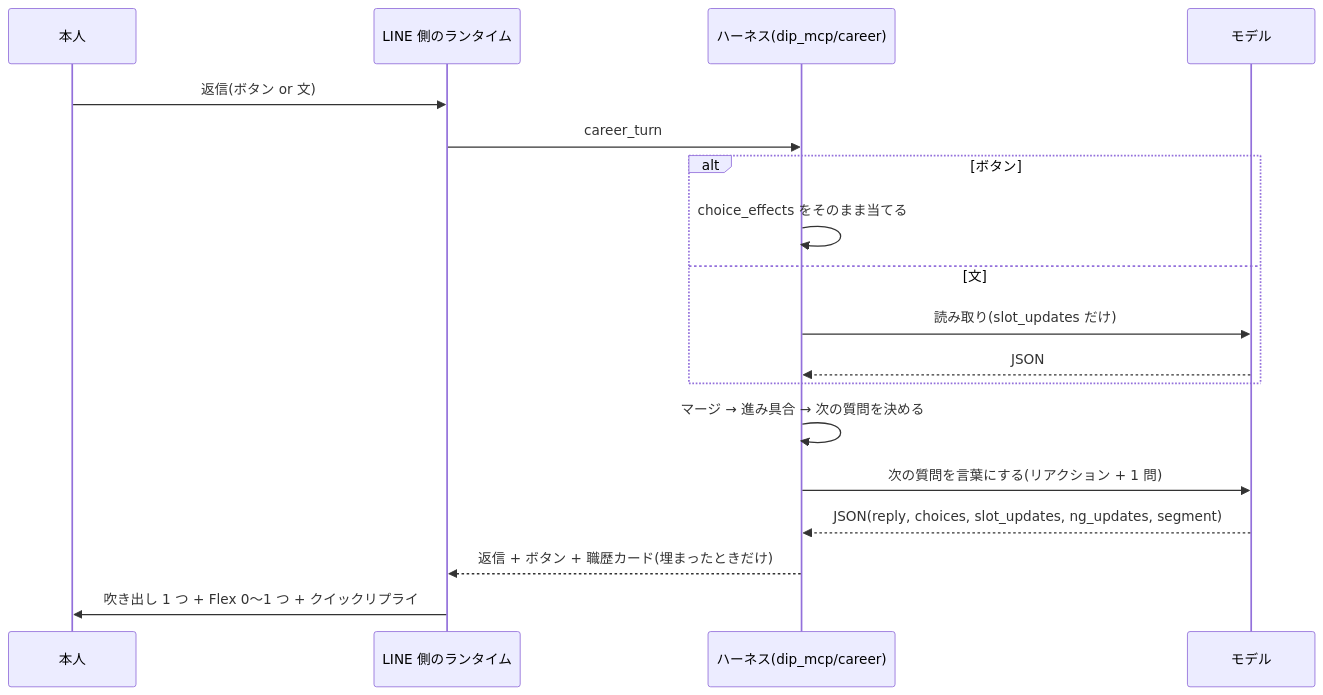
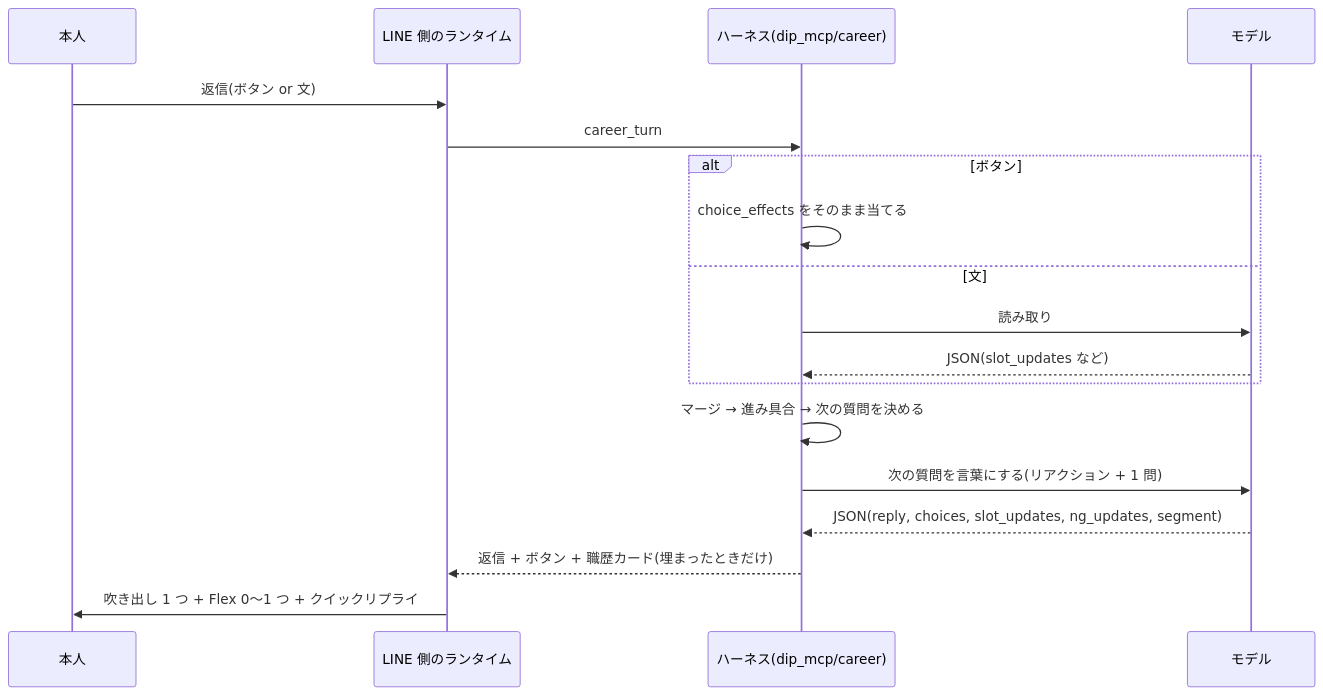
The diagram in docs/design/fulltime-hearing.md (jyoka/aica), drawn with Mermaid before and after one commit. The commit also changed other lines of this file, not shown here.

````diff
--- a/docs/design/fulltime-hearing.md
+++ b/docs/design/fulltime-hearing.md
@@ -39,20 +39,20 @@
 ```mermaid
 sequenceDiagram
     participant U as 本人
     participant R as LINE 側のランタイム
     participant H as ハーネス(dip_mcp/career)
     participant M as モデル
     U->>R: 返信(ボタン or 文)
     R->>H: career_turn
     alt ボタン
         H->>H: choice_effects をそのまま当てる
     else 文
-        H->>M: 読み取り(slot_updates だけ)
-        M-->>H: JSON
+        H->>M: 読み取り
+        M-->>H: JSON(slot_updates など)
     end
     H->>H: マージ → 進み具合 → 次の質問を決める
     H->>M: 次の質問を言葉にする(リアクション + 1 問)
     M-->>H: JSON(reply, choices, slot_updates, ng_updates, segment)
     H-->>R: 返信 + ボタン + 職歴カード(埋まったときだけ)
     R->>U: 吹き出し 1 つ + Flex 0〜1 つ + クイックリプライ
 ```
````
